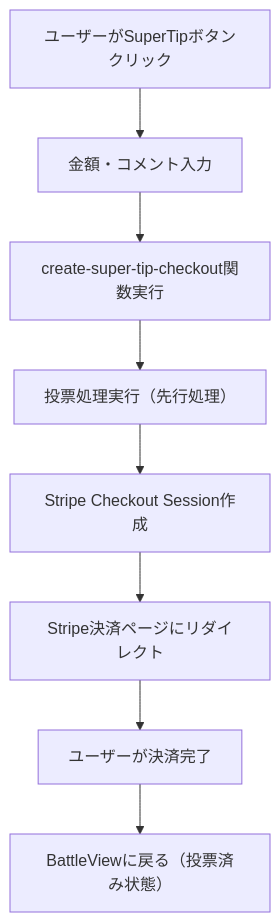
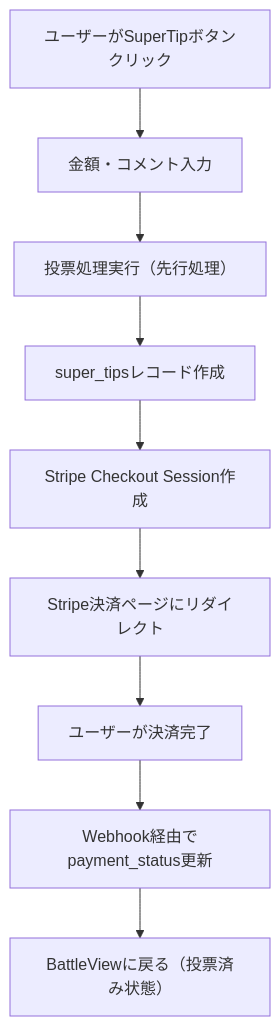
The first of 2 diagrams in docs/SuperTip機能完全仕様書.md (RIKUJI-SHON/BeatNexus.Final), drawn with Mermaid before and after one commit. The commit also changed other lines of this file and 11 other files, not shown here.

````diff
--- a/docs/SuperTip機能完全仕様書.md
+++ b/docs/SuperTip機能完全仕様書.md
@@ -134,10 +148,11 @@
 ```mermaid
 graph TD
     A[ユーザーがSuperTipボタンクリック] --> B[金額・コメント入力]
-    B --> C[create-super-tip-checkout関数実行]
-    C --> D[投票処理実行（先行処理）]
+    B --> C[投票処理実行（先行処理）]
+    C --> D[super_tipsレコード作成]
     D --> E[Stripe Checkout Session作成]
     E --> F[Stripe決済ページにリダイレクト]
     F --> G[ユーザーが決済完了]
-    G --> H[BattleViewに戻る（投票済み状態）]
+    G --> H[Webhook経由でpayment_status更新]
+    H --> I[BattleViewに戻る（投票済み状態）]
 ```
````
